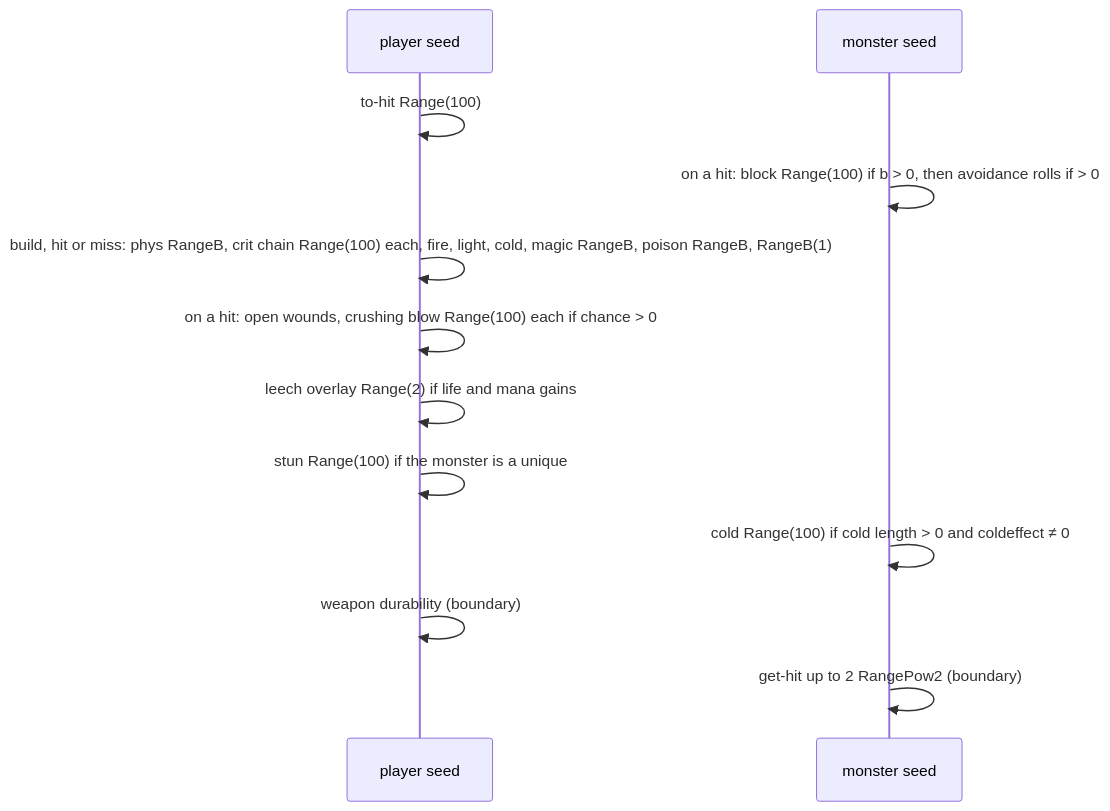
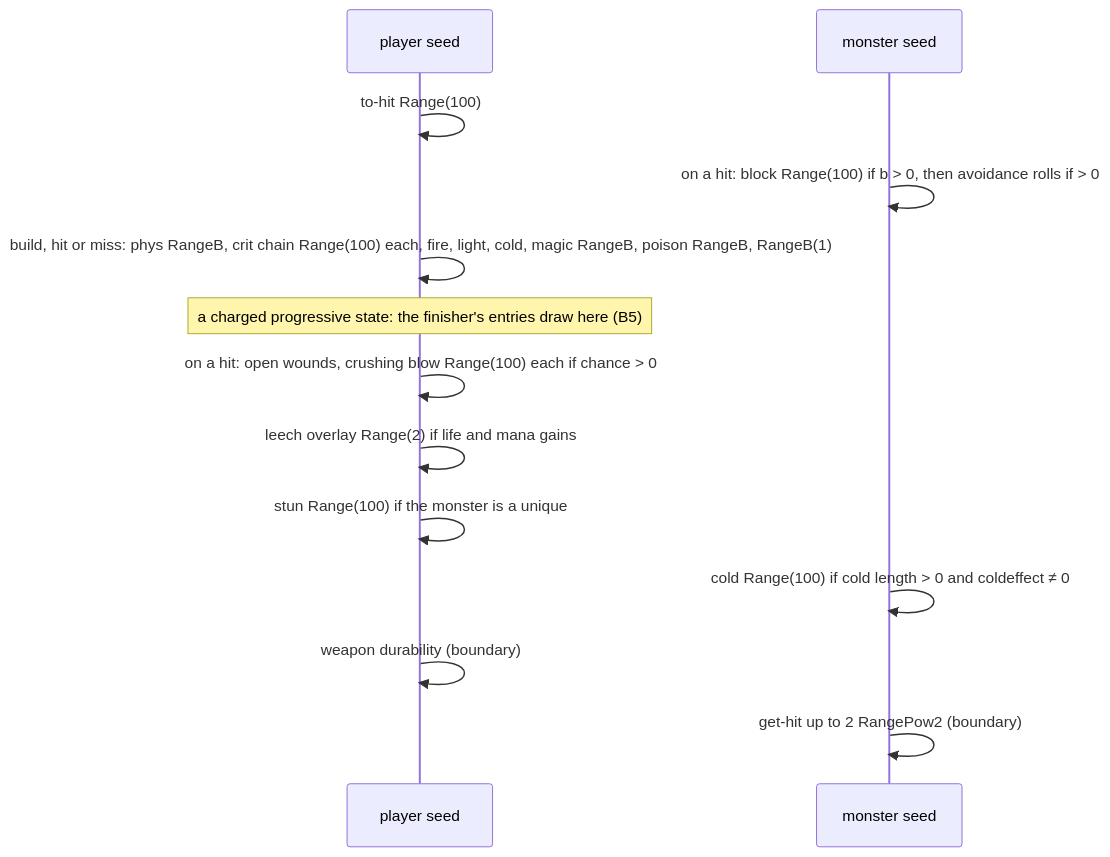
The third of 6 diagrams in docs/specs/combat/README.md (IgorKonovalov/diablo-2-recompilation), drawn with Mermaid before and after one commit. The commit also changed other lines of this file and 11 other files, not shown here.

Commit message:
docs(specs): fold skills/0003 into combat and rng/seeds: finisher entries draw (B5, A3), stat-event handler draws (B6, E5), state 52, 15 EType stores, re-seed sites; inputs entry closed, review request

````diff
--- a/docs/specs/combat/README.md
+++ b/docs/specs/combat/README.md
@@ -212,14 +212,15 @@
 ```mermaid
 sequenceDiagram
   participant A as player seed
   participant M as monster seed
   A->>A: to-hit Range(100)
   M->>M: on a hit: block Range(100) if b > 0, then avoidance rolls if > 0
   A->>A: build, hit or miss: phys RangeB, crit chain Range(100) each, fire, light, cold, magic RangeB, poison RangeB, RangeB(1)
+  Note over A: a charged progressive state: the finisher's entries draw here (B5)
   A->>A: on a hit: open wounds, crushing blow Range(100) each if chance > 0
   A->>A: leech overlay Range(2) if life and mana gains
   A->>A: stun Range(100) if the monster is a unique
   M->>M: cold Range(100) if cold length > 0 and coldeffect ≠ 0
   A->>A: weapon durability (boundary)
   M->>M: get-hit up to 2 RangePow2 (boundary)
 ```
````
